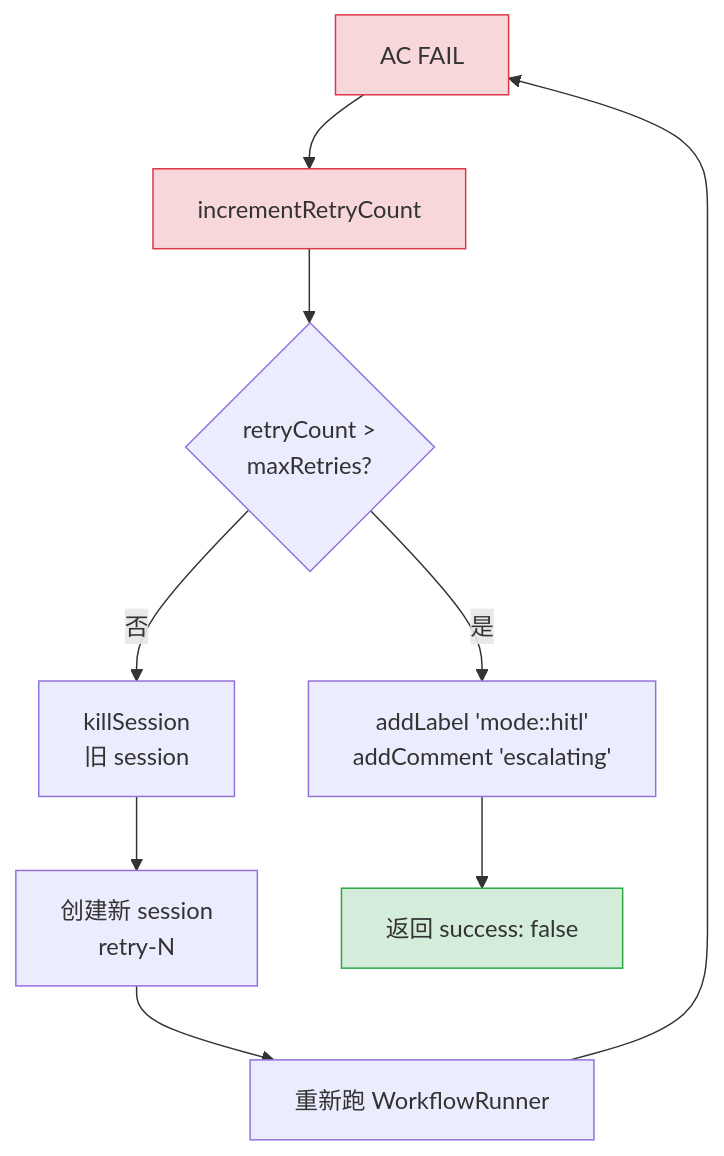
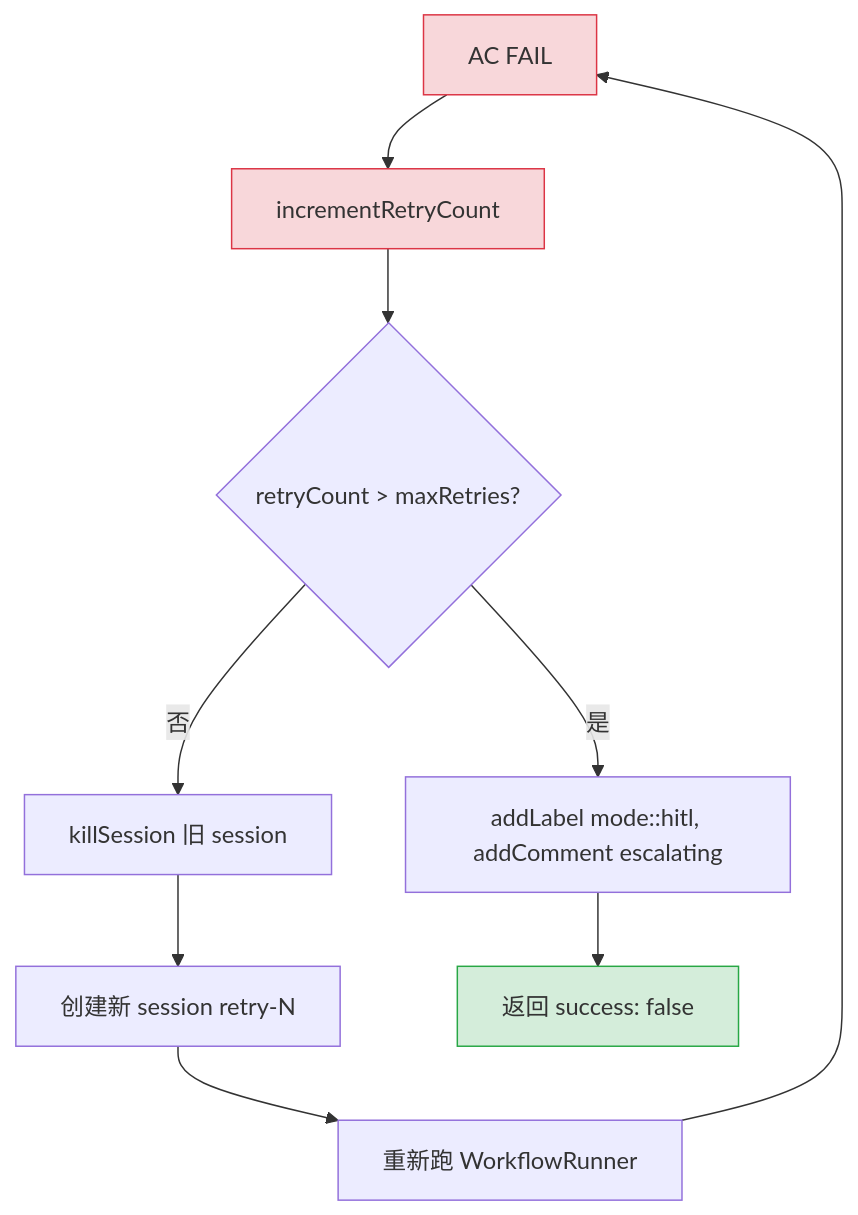
Before and after one commit to easyhaloo/afk: the seventh of 10 diagrams in docs/ARCHITECTURE.md, drawn with Mermaid. The commit also changed other lines of this file and 1 other file, not shown here.

First line of the commit message:
fix(docs): 修复 Mermaid 图解析错误

````diff
--- a/docs/ARCHITECTURE.md
+++ b/docs/ARCHITECTURE.md
@@ -337,17 +351,17 @@
 ```mermaid
 flowchart TD
     AC[AC FAIL] --> Inc[incrementRetryCount]
-    Inc --> Check{retryCount ><br/>maxRetries?}
-    Check -->|是| HITL[addLabel 'mode::hitl'<br/>addComment 'escalating']
-    Check -->|否| Kill[killSession<br/>旧 session]
-    Kill --> New[创建新 session<br/>retry-N]
+    Inc --> Check{retryCount > maxRetries?}
+    Check -->|是| HITL["addLabel mode::hitl, addComment escalating"]
+    Check -->|否| Kill[killSession 旧 session]
+    Kill --> New[创建新 session retry-N]
     New --> Run[重新跑 WorkflowRunner]
     Run --> AC
 
     HITL --> End[返回 success: false]
 
     classDef fail fill:#f8d7da,stroke:#dc3545
     classDef success fill:#d4edda,stroke:#28a745
     class AC,Inc fail
     class End success
 ```
````
